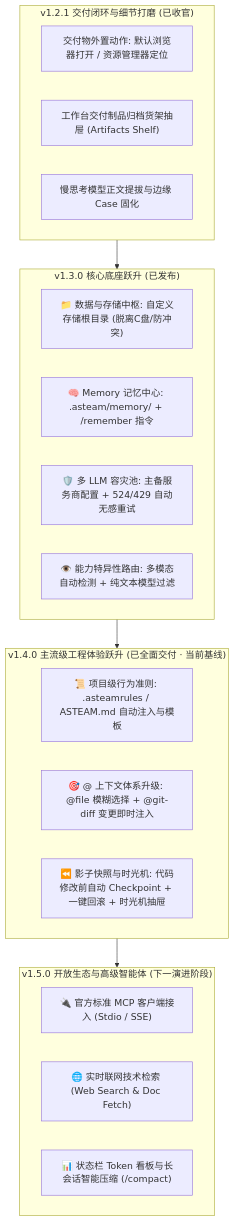
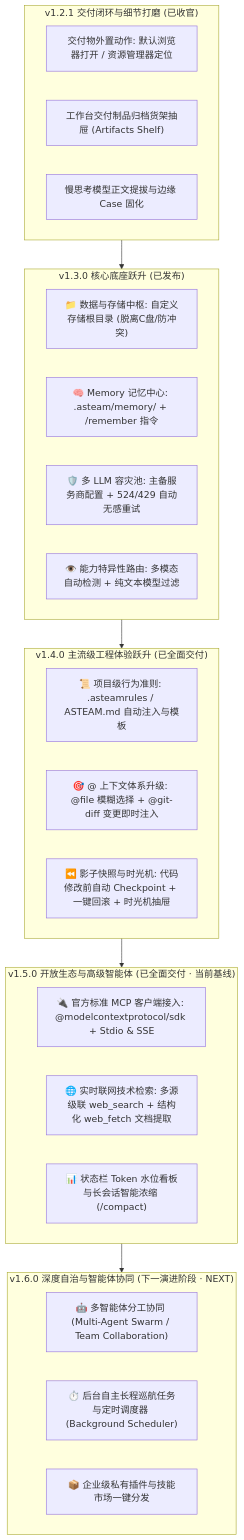
Before and after one commit to h382110229/asteam-agent: the diagram in ROADMAP.md, drawn with Mermaid. The commit also changed other lines of this file and 1 other file, not shown here.

Commit message:
docs: publish v1.5.0 release notes and update roadmap to phase 4 complete

````diff
--- a/ROADMAP.md
+++ b/ROADMAP.md
@@ -20,29 +20,35 @@
 ```mermaid
 flowchart TD
   subgraph v121 ["v1.2.1 交付闭环与细节打磨 (已收官)"]
     A1["交付物外置动作: 默认浏览器打开 / 资源管理器定位"]
     A2["工作台交付制品归档货架抽屉 (Artifacts Shelf)"]
     A3["慢思考模型正文提拔与边缘 Case 固化"]
   end
 
   subgraph v130 ["v1.3.0 核心底座跃升 (已发布)"]
     B1["📁 数据与存储中枢: 自定义存储根目录 (脱离C盘/防冲突)"]
     B2["🧠 Memory 记忆中心: .asteam/memory/ + /remember 指令"]
     B3["🛡️ 多 LLM 容灾池: 主备服务商配置 + 524/429 自动无感重试"]
     B4["👁️ 能力特异性路由: 多模态自动检测 + 纯文本模型过滤"]
   end
 
-  subgraph v140 ["v1.4.0 主流级工程体验跃升 (已全面交付 · 当前基线)"]
+  subgraph v140 ["v1.4.0 主流级工程体验跃升 (已全面交付)"]
     C1["📜 项目级行为准则: .asteamrules / ASTEAM.md 自动注入与模板"]
     C2["🎯 @ 上下文体系升级: @file 模糊选择 + @git-diff 变更即时注入"]
     C3["⏪ 影子快照与时光机: 代码修改前自动 Checkpoint + 一键回滚 + 时光机抽屉"]
   end
 
-  subgraph v150 ["v1.5.0 开放生态与高级智能体 (下一演进阶段)"]
-    D1["🔌 官方标准 MCP 客户端接入 (Stdio / SSE)"]
-    D2["🌐 实时联网技术检索 (Web Search & Doc Fetch)"]
-    D3["📊 状态栏 Token 看板与长会话智能压缩 (/compact)"]
+  subgraph v150 ["v1.5.0 开放生态与高级智能体 (已全面交付 · 当前基线)"]
+    D1["🔌 官方标准 MCP 客户端接入: @modelcontextprotocol/sdk + Stdio & SSE"]
+    D2["🌐 实时联网技术检索: 多源级联 web_search + 结构化 web_fetch 文档提取"]
+    D3["📊 状态栏 Token 水位看板与长会话智能浓缩 (/compact)"]
   end
 
-  v121 --> v130 --> v140 --> v150
+  subgraph v160 ["v1.6.0 深度自治与智能体协同 (下一演进阶段 · NEXT)"]
+    E1["🤖 多智能体分工协同 (Multi-Agent Swarm / Team Collaboration)"]
+    E2["⏱️ 后台自主长程巡航任务与定时调度器 (Background Scheduler)"]
+    E3["📦 企业级私有插件与技能市场一键分发"]
+  end
+
+  v121 --> v130 --> v140 --> v150 --> v160
 ```
````
